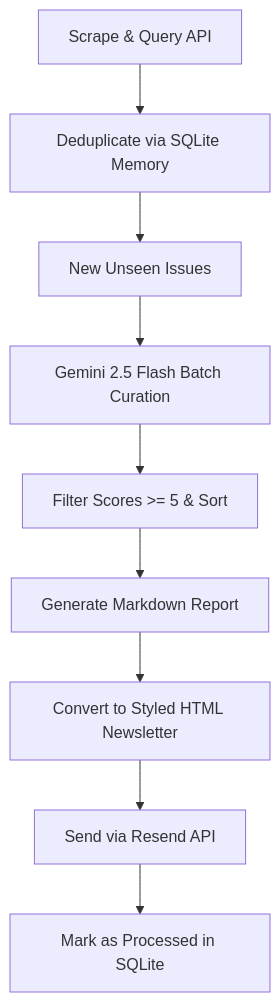
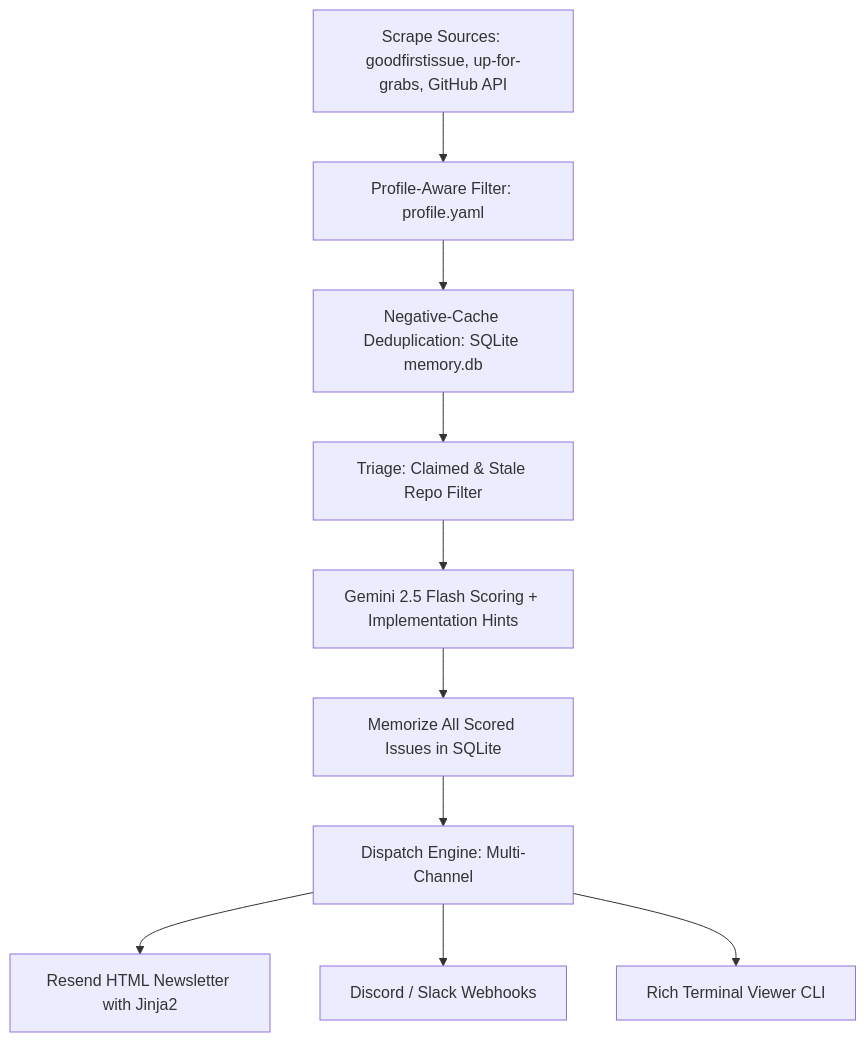
Before and after one commit to GhananilShirpurkar/IssueHawk: the diagram in README.md, drawn with Mermaid. The commit also changed other lines of this file and 25 other files, not shown here.

````diff
--- a/README.md
+++ b/README.md
@@ -22,11 +29,12 @@
 ```mermaid
 graph TD
-    A[Scrape & Query API] --> B[Deduplicate via SQLite Memory]
-    B --> C[New Unseen Issues]
-    C --> D[Gemini 2.5 Flash Batch Curation]
-    D --> E[Filter Scores >= 5 & Sort]
-    E --> F[Generate Markdown Report]
-    F --> G[Convert to Styled HTML Newsletter]
-    G --> H[Send via Resend API]
-    H --> I[Mark as Processed in SQLite]
+    A[Scrape Sources: goodfirstissue, up-for-grabs, GitHub API] --> B[Profile-Aware Filter: profile.yaml]
+    B --> C[Negative-Cache Deduplication: SQLite memory.db]
+    C --> D[Triage: Claimed & Stale Repo Filter]
+    D --> E[Gemini 2.5 Flash Scoring + Implementation Hints]
+    E --> F[Memorize All Scored Issues in SQLite]
+    F --> G[Dispatch Engine: Multi-Channel]
+    G --> H1[Resend HTML Newsletter with Jinja2]
+    G --> H2[Discord / Slack Webhooks]
+    G --> H3[Rich Terminal Viewer CLI]
 ```
````
